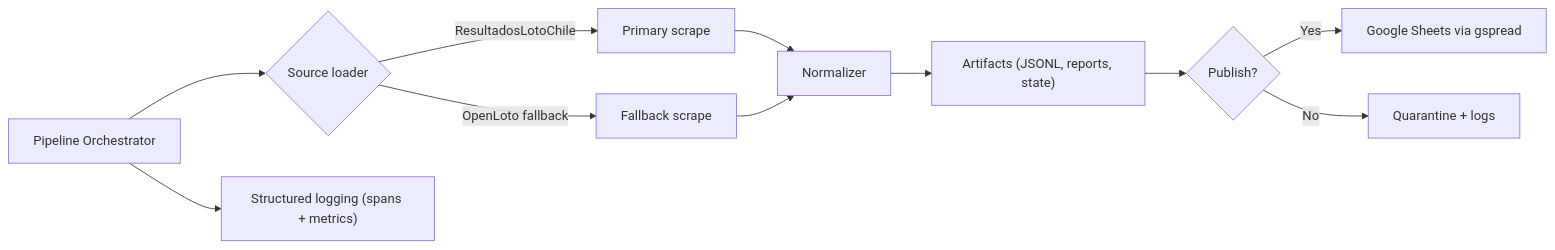
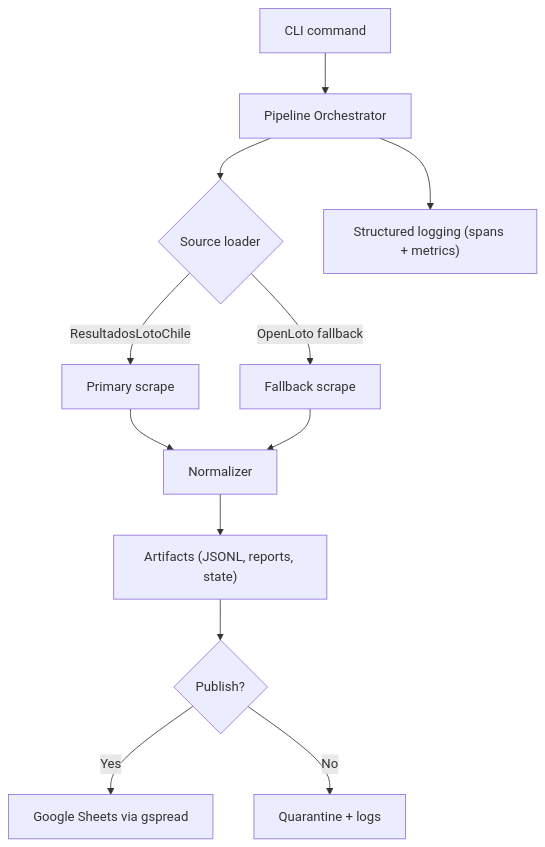
Before and after one commit to cortega26/polla: the diagram in README.md, drawn with Mermaid.

````diff
--- a/README.md
+++ b/README.md
@@ -28,14 +28,15 @@
 ```mermaid
-flowchart LR
-  B[Pipeline Orchestrator]
+%%{init: {"themeVariables": {"fontSize": "16px"}}}%%
+flowchart TB
+  A[CLI command] --> B[Pipeline Orchestrator]
   B --> C{Source loader}
   C -->|ResultadosLotoChile| D[Primary scrape]
   C -->|OpenLoto fallback| E[Fallback scrape]
   D --> F[Normalizer]
   E --> F[Normalizer]
   F --> G["Artifacts (JSONL, reports, state)"]
   G --> H{Publish?}
   H -->|Yes| I[Google Sheets via gspread]
   H -->|No| J[Quarantine + logs]
   B --> K["Structured logging (spans + metrics)"]
 ```
````
